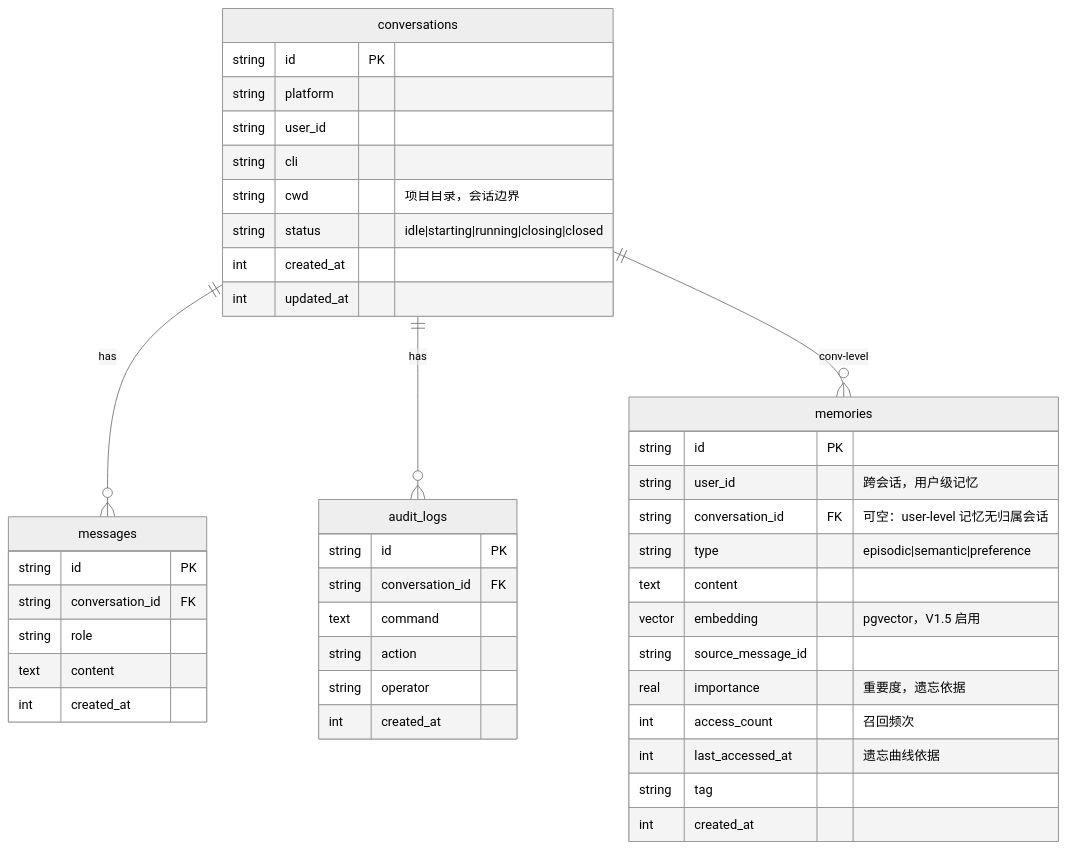
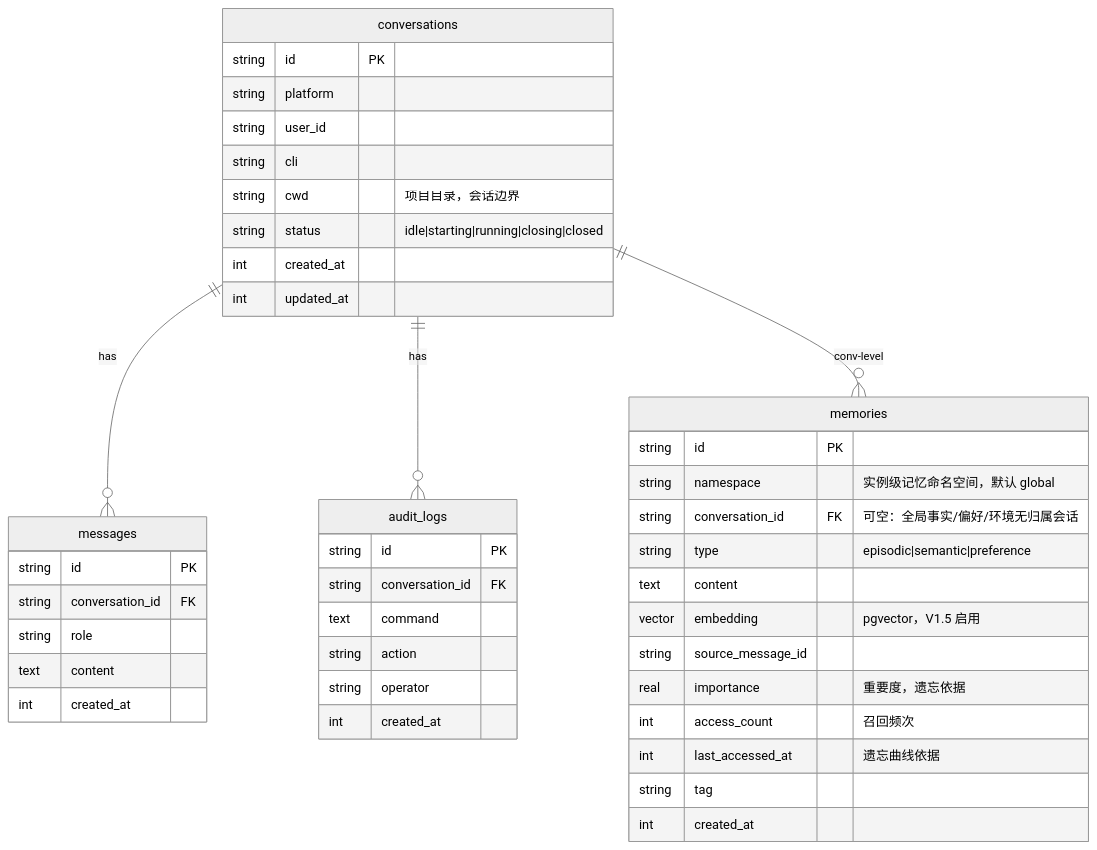
One commit to ygq-future/ai-cli-hub changed the tenth of 15 diagrams in docs/02-Architecture.md. Above: the diagram before and after it, drawn with Mermaid (neutral theme). The commit also changed other lines of this file and 15 other files, not shown here.

````diff
--- a/docs/02-Architecture.md
+++ b/docs/02-Architecture.md
@@ -415,46 +415,46 @@
 ```mermaid
 erDiagram
     conversations ||--o{ messages : has
     conversations ||--o{ audit_logs : has
     conversations ||--o{ memories : "conv-level"
 
     conversations {
         string id PK
         string platform
         string user_id
         string cli
         string cwd "项目目录，会话边界"
         string status "idle|starting|running|closing|closed"
         int created_at
         int updated_at
     }
     messages {
         string id PK
         string conversation_id FK
         string role
         text content
         int created_at
     }
     audit_logs {
         string id PK
         string conversation_id FK
         text command
         string action
         string operator
         int created_at
     }
     memories {
         string id PK
-        string user_id "跨会话，用户级记忆"
-        string conversation_id FK "可空：user-level 记忆无归属会话"
+        string namespace "实例级记忆命名空间，默认 global"
+        string conversation_id FK "可空：全局事实/偏好/环境无归属会话"
         string type "episodic|semantic|preference"
         text content
         vector embedding "pgvector，V1.5 启用"
         string source_message_id
         real importance "重要度，遗忘依据"
         int access_count "召回频次"
         int last_accessed_at "遗忘曲线依据"
         string tag
         int created_at
     }
 ```
````
